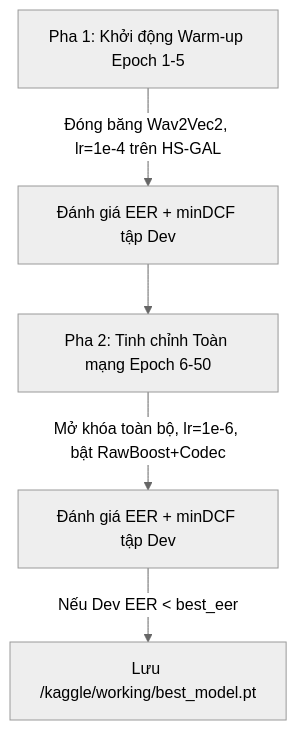
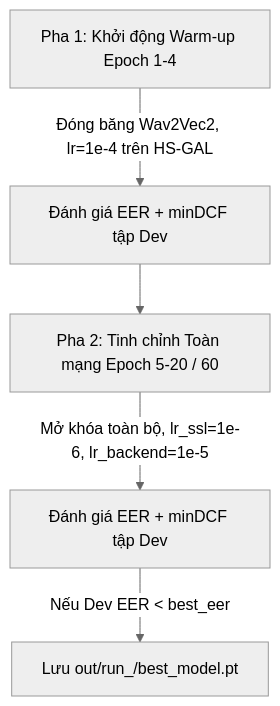
The diagram in docs/LOGIC_models.md (saketai72-oss/VieTrueVoice), drawn with Mermaid (neutral theme) before and after one commit. The commit also changed other lines of this file and 4 other files, not shown here.

````diff
--- a/docs/LOGIC_models.md
+++ b/docs/LOGIC_models.md
@@ -50,7 +67,7 @@
 ```mermaid
 graph TD
-    Phase1[Pha 1: Khởi động Warm-up Epoch 1-5] -->|Đóng băng Wav2Vec2, lr=1e-4 trên HS-GAL| Phase1Eval[Đánh giá EER + minDCF tập Dev]
-    Phase1Eval --> Phase2[Pha 2: Tinh chỉnh Toàn mạng Epoch 6-50]
-    Phase2 -->|Mở khóa toàn bộ, lr=1e-6, bật RawBoost+Codec| Phase2Eval[Đánh giá EER + minDCF tập Dev]
-    Phase2Eval -->|Nếu Dev EER < best_eer| SaveCheckpoint[Lưu /kaggle/working/best_model.pt]
+    Phase1[Pha 1: Khởi động Warm-up Epoch 1-4] -->|Đóng băng Wav2Vec2, lr=1e-4 trên HS-GAL| Phase1Eval[Đánh giá EER + minDCF tập Dev]
+    Phase1Eval --> Phase2[Pha 2: Tinh chỉnh Toàn mạng Epoch 5-20 / 60]
+    Phase2 -->|Mở khóa toàn bộ, lr_ssl=1e-6, lr_backend=1e-5| Phase2Eval[Đánh giá EER + minDCF tập Dev]
+    Phase2Eval -->|Nếu Dev EER < best_eer| SaveCheckpoint[Lưu out/run_<branch>/best_model.pt]
 ```
````
